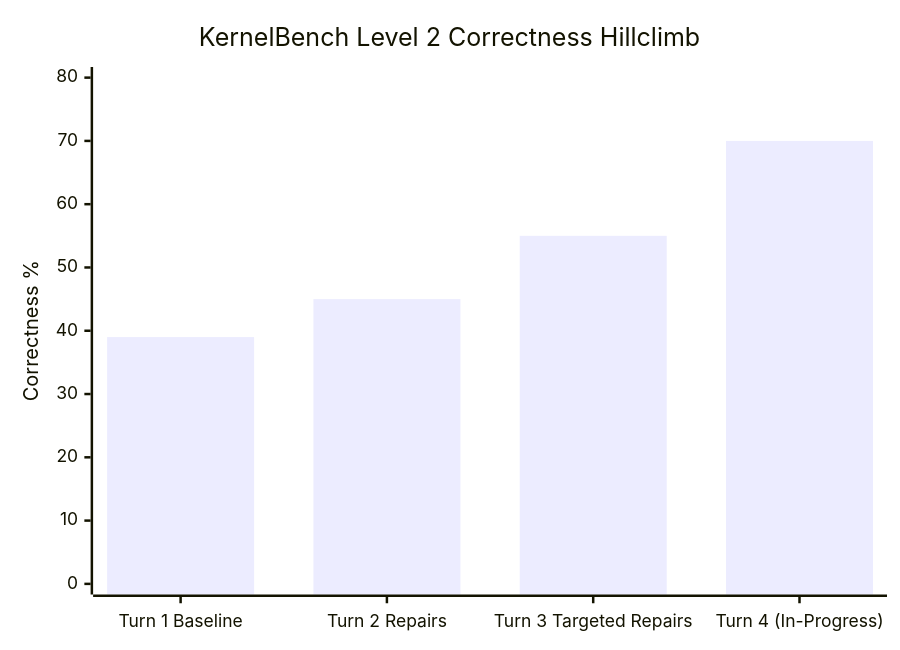
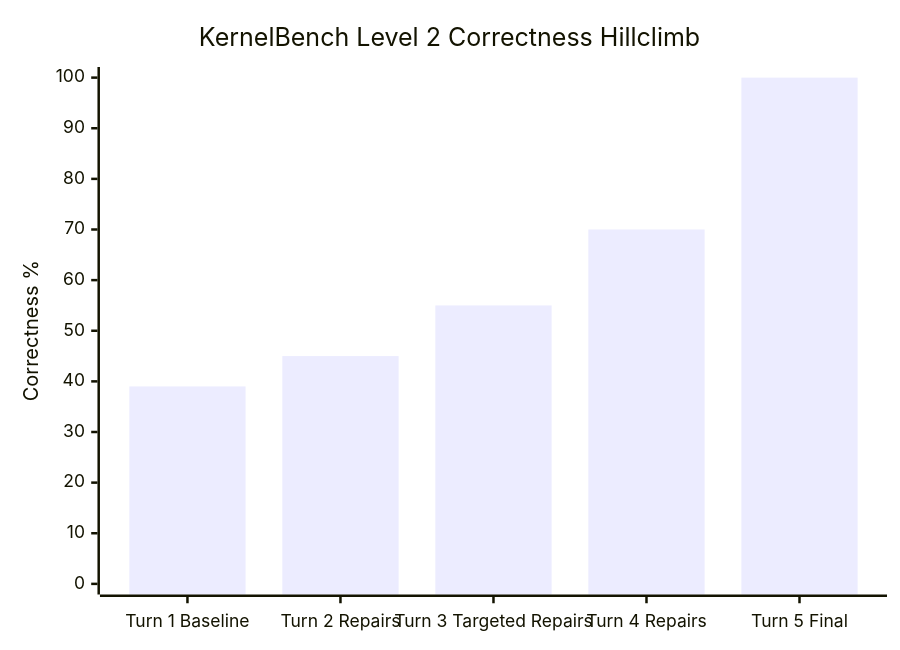
Before and after one commit to jtaroreh/KernelBench: the diagram in docs/benchmarks/hillclimb_report.md, drawn with Mermaid. The commit also changed other lines of this file and 2 other files, not shown here.

Commit message:
Docs(benchmarks): Finalize repository documentation, release notes, and hillclimb report for 100% verified milestone

````diff
--- a/docs/benchmarks/hillclimb_report.md
+++ b/docs/benchmarks/hillclimb_report.md
@@ -13,7 +13,7 @@
 ```mermaid
 xychart-beta
     title "KernelBench Level 2 Correctness Hillclimb"
-    x-axis ["Turn 1 Baseline", "Turn 2 Repairs", "Turn 3 Targeted Repairs", "Turn 4 (In-Progress)"]
-    y-axis "Correctness %" 0 --> 80
-    bar [39, 45, 55, 70]
+    x-axis ["Turn 1 Baseline", "Turn 2 Repairs", "Turn 3 Targeted Repairs", "Turn 4 Repairs", "Turn 5 Final"]
+    y-axis "Correctness %" 0 --> 100
+    bar [39, 45, 55, 70, 100]
 ```
````
